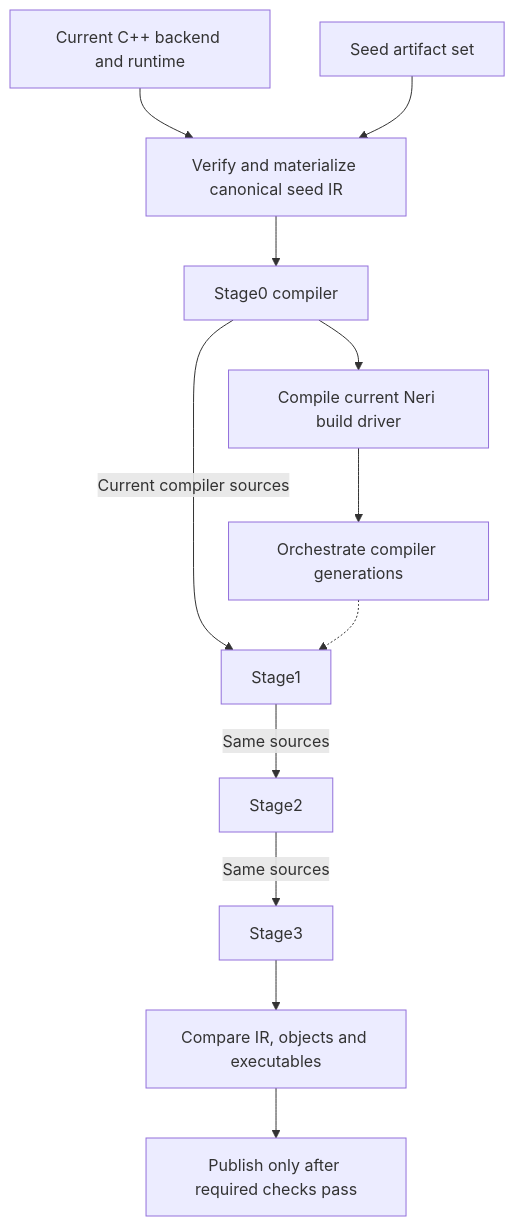
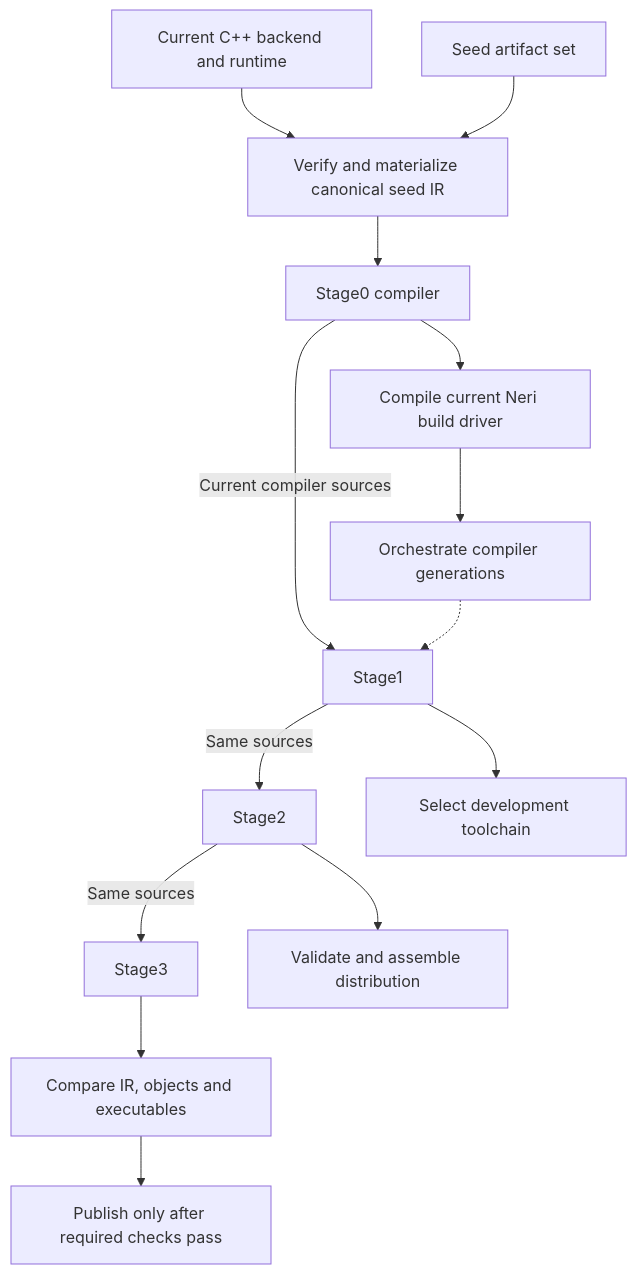
The diagram in docs/BOOTSTRAP.md (hakumi-dev/neri), drawn with Mermaid before and after one commit. The commit also changed other lines of this file and 18 other files, not shown here.

````diff
--- a/docs/BOOTSTRAP.md
+++ b/docs/BOOTSTRAP.md
@@ -83,14 +96,16 @@
 ```mermaid
 flowchart TD
   Native["Current C++ backend and runtime"] --> Materialize["Verify and materialize canonical seed IR"]
   Seed["Seed artifact set"] --> Materialize
   Materialize --> S0["Stage0 compiler"]
   S0 --> Driver["Compile current Neri build driver"]
   Driver --> Stages["Orchestrate compiler generations"]
   S0 -->|"Current compiler sources"| S1["Stage1"]
   S1 -->|"Same sources"| S2["Stage2"]
   S2 -->|"Same sources"| S3["Stage3"]
   Stages -.-> S1
+  S1 --> Development["Select development toolchain"]
+  S2 --> Package["Validate and assemble distribution"]
   S3 --> Verify["Compare IR, objects and executables"]
   Verify --> Publish["Publish only after required checks pass"]
 ```
````
